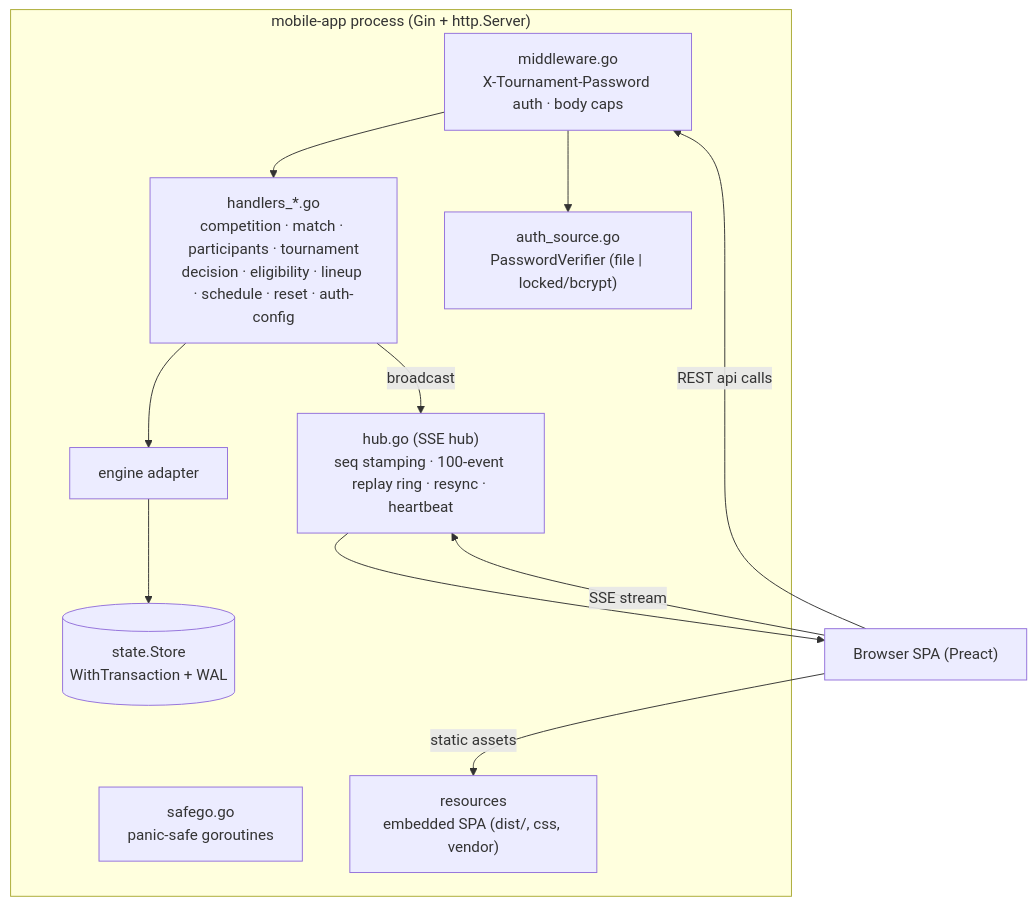
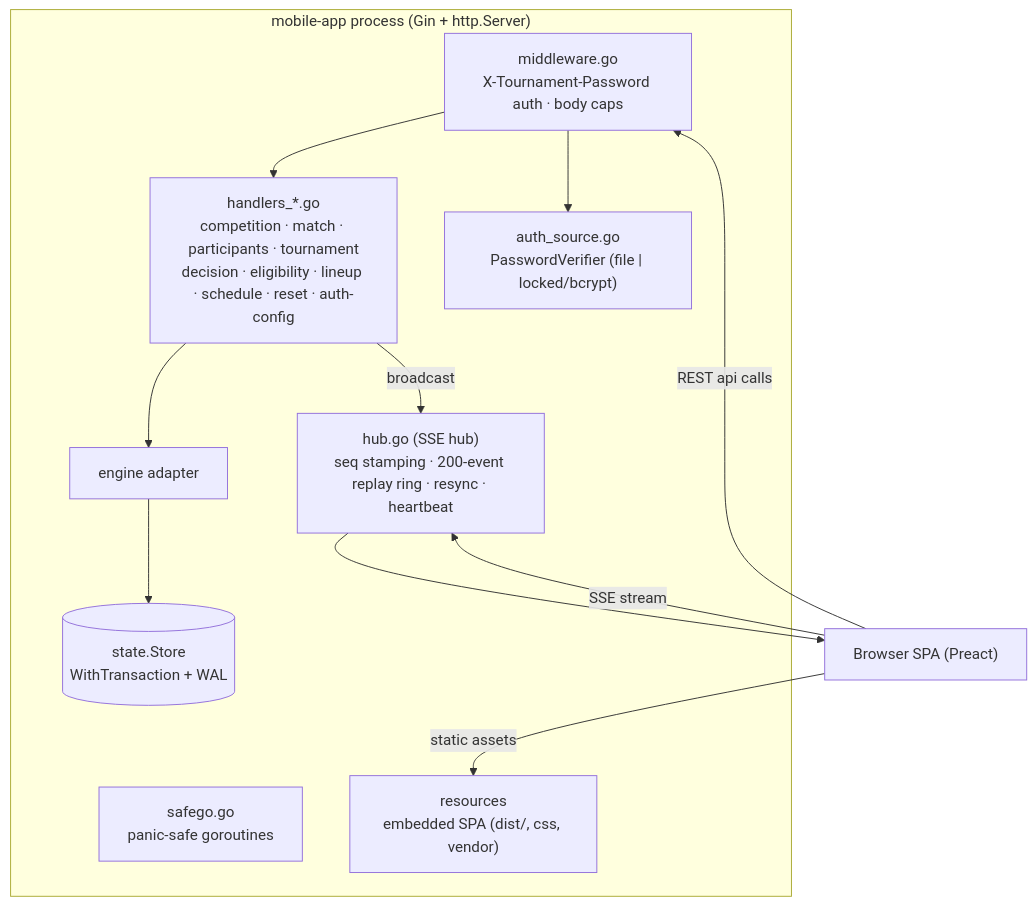
One commit to gitrgoliveira/bracket-creator changed the fourth of 7 diagrams in docs/architecture/software-architecture.md. Above: the diagram before and after it, drawn with Mermaid. The commit also changed 3 other files, not shown here.

First line of the commit message:
fix(bc-dhas): hold 200 events in the SSE replay ring

````diff
--- a/docs/architecture/software-architecture.md
+++ b/docs/architecture/software-architecture.md
@@ -111,20 +111,20 @@
 ```mermaid
 flowchart TB
     subgraph proc["mobile-app process (Gin + http.Server)"]
         mw["middleware.go<br/>X-Tournament-Password auth · body caps"]
         authsrc["auth_source.go<br/>PasswordVerifier (file | locked/bcrypt)"]
         handlers["handlers_*.go<br/>competition · match · participants · tournament<br/>decision · eligibility · lineup · schedule · reset · auth-config"]
-        hub["hub.go (SSE hub)<br/>seq stamping · 100-event replay ring · resync · heartbeat"]
+        hub["hub.go (SSE hub)<br/>seq stamping · 200-event replay ring · resync · heartbeat"]
         safego["safego.go<br/>panic-safe goroutines"]
         engine["engine adapter"]
         store[("state.Store<br/>WithTransaction + WAL")]
         embed["resources<br/>embedded SPA (dist/, css, vendor)"]
     end
 
     client["Browser SPA (Preact)"] -->|REST api calls| mw --> handlers
     mw --> authsrc
     client -->|SSE stream| hub
     handlers --> engine --> store
     handlers -->|broadcast| hub --> client
     client -->|static assets| embed
 ```
````
